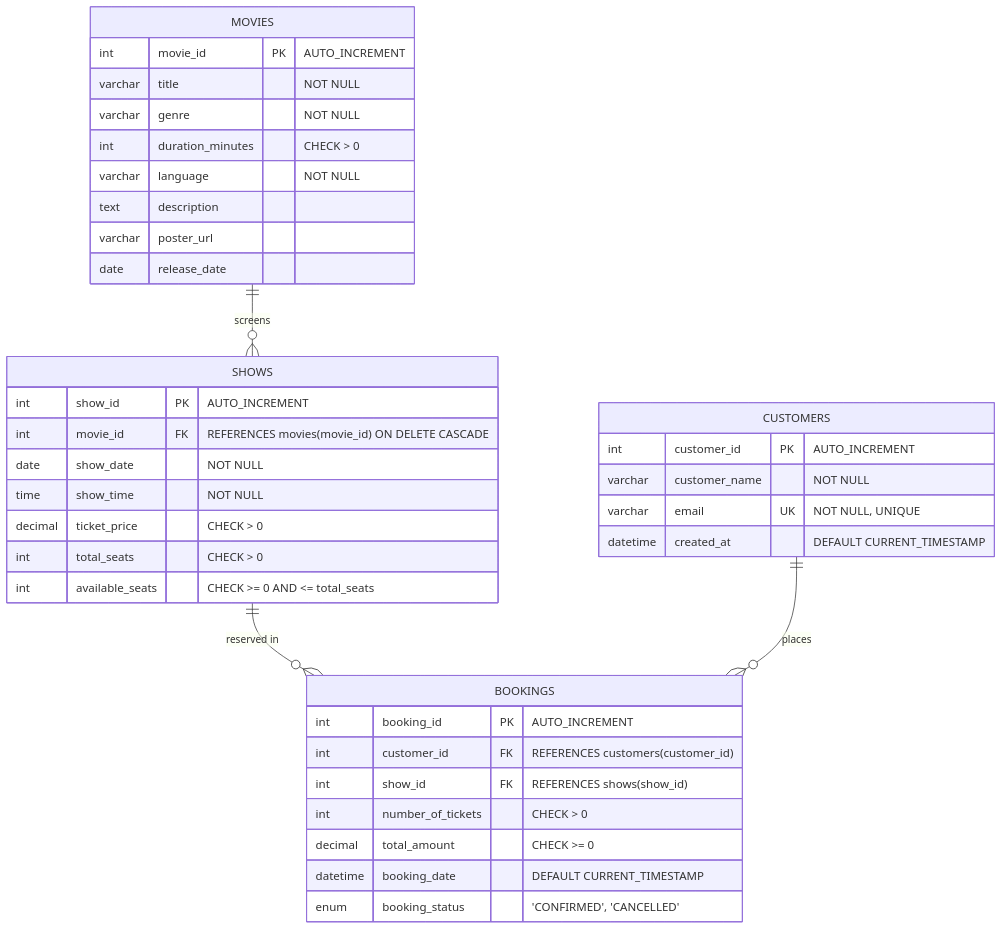
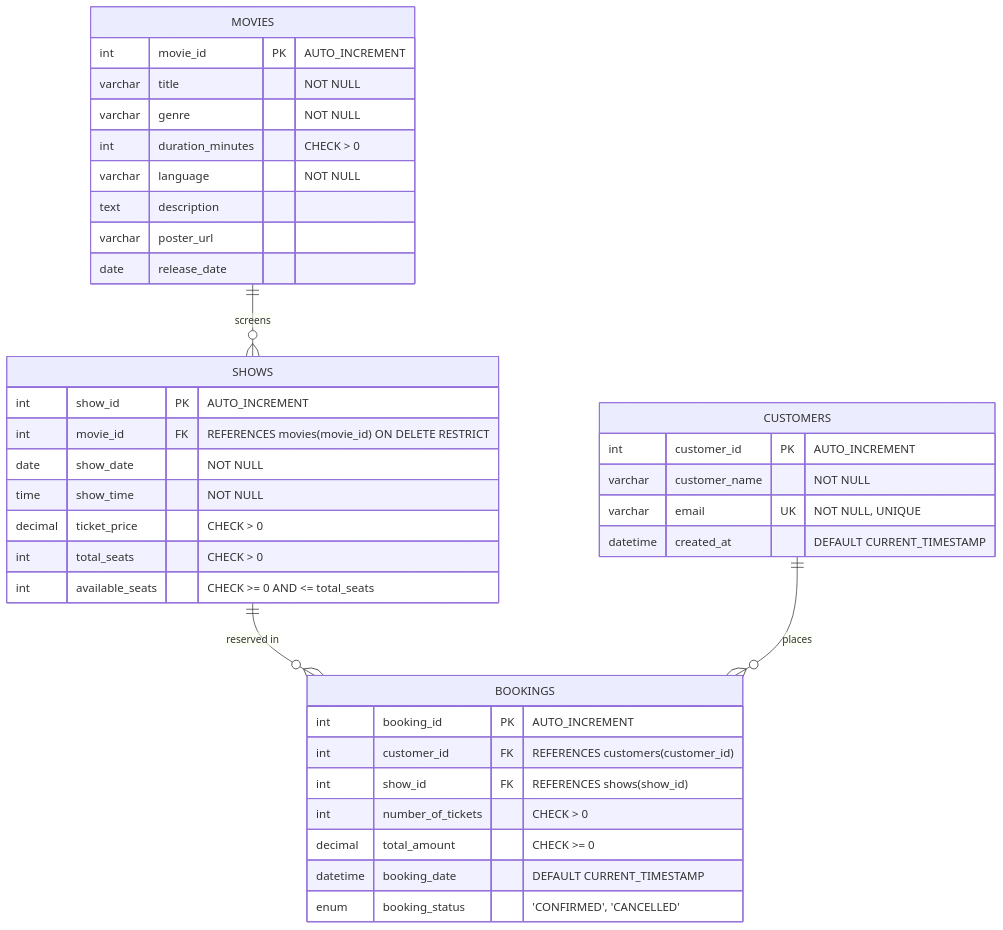
Before and after one commit to punitsharmaaj2020-sys/DBMS-Capstone-Project-Sem_III: the diagram in movie-ticket-booking/README.md, drawn with Mermaid. The commit also changed other lines of this file and 47 other files, not shown here.

````diff
--- a/movie-ticket-booking/README.md
+++ b/movie-ticket-booking/README.md
@@ -41,44 +42,44 @@
 ```mermaid
 erDiagram
     MOVIES ||--o{ SHOWS : "screens"
     SHOWS ||--o{ BOOKINGS : "reserved in"
     CUSTOMERS ||--o{ BOOKINGS : "places"
 
     MOVIES {
         int movie_id PK "AUTO_INCREMENT"
         varchar title "NOT NULL"
         varchar genre "NOT NULL"
         int duration_minutes "CHECK > 0"
         varchar language "NOT NULL"
         text description
         varchar poster_url
         date release_date
     }
 
     SHOWS {
         int show_id PK "AUTO_INCREMENT"
-        int movie_id FK "REFERENCES movies(movie_id) ON DELETE CASCADE"
+        int movie_id FK "REFERENCES movies(movie_id) ON DELETE RESTRICT"
         date show_date "NOT NULL"
         time show_time "NOT NULL"
         decimal ticket_price "CHECK > 0"
         int total_seats "CHECK > 0"
         int available_seats "CHECK >= 0 AND <= total_seats"
     }
 
     CUSTOMERS {
         int customer_id PK "AUTO_INCREMENT"
         varchar customer_name "NOT NULL"
         varchar email UK "NOT NULL, UNIQUE"
         datetime created_at "DEFAULT CURRENT_TIMESTAMP"
     }
 
     BOOKINGS {
         int booking_id PK "AUTO_INCREMENT"
         int customer_id FK "REFERENCES customers(customer_id)"
         int show_id FK "REFERENCES shows(show_id)"
         int number_of_tickets "CHECK > 0"
         decimal total_amount "CHECK >= 0"
         datetime booking_date "DEFAULT CURRENT_TIMESTAMP"
         enum booking_status "'CONFIRMED', 'CANCELLED'"
     }
 ```
````
